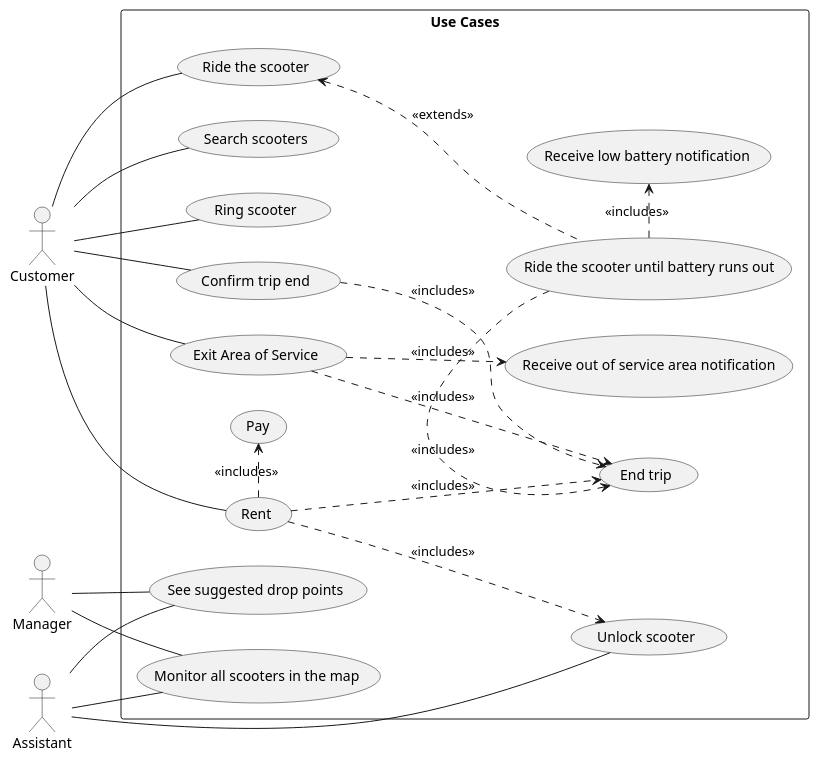
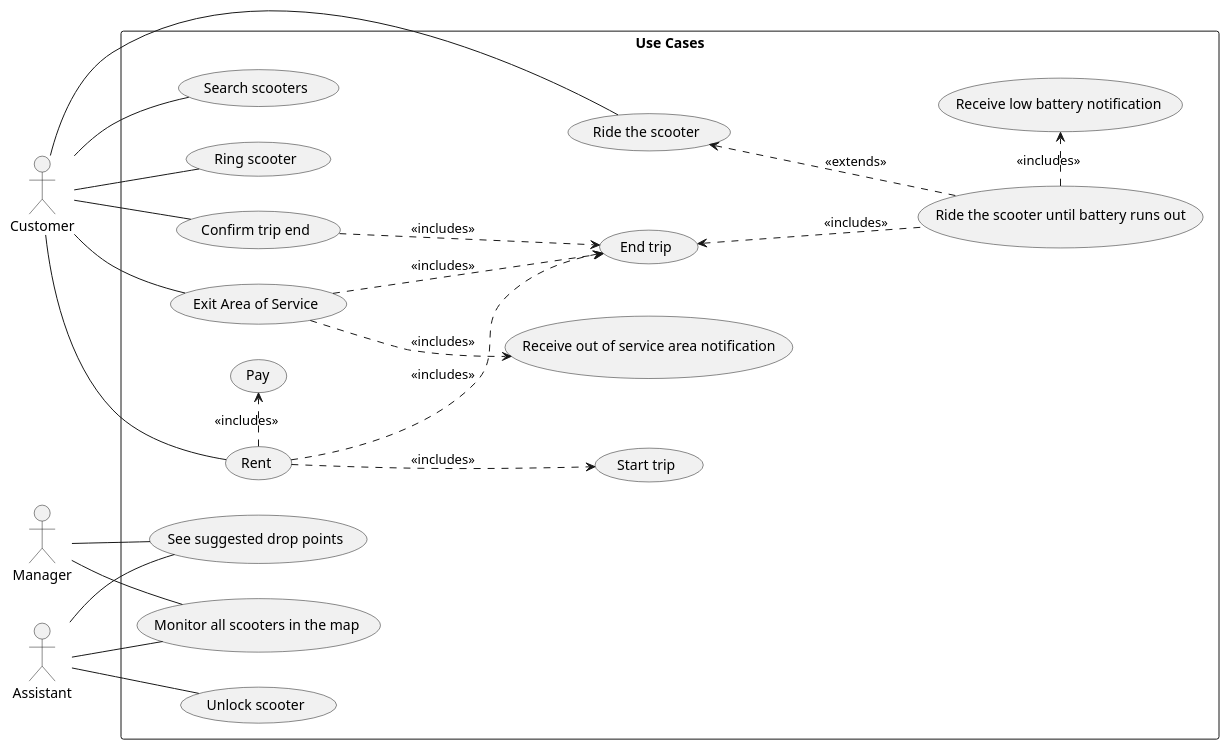
The first of 2 diagrams in Use Cases.md (e-scooter-2077/documentation), drawn with PlantUML before and after one commit. The commit also changed other lines of this file, not shown here.

Commit message:
Add activity diagram for story #1

````diff
--- a/Use Cases.md
+++ b/Use Cases.md
@@ -43,47 +43,48 @@
 ```plantuml
 @startuml
 left to right direction
 actor "Customer" as c
 actor "Manager" as m
 actor "Assistant" as a
 rectangle "Use Cases" {
     usecase "Rent" as rent
     usecase "Pay" as pay
     usecase "Search scooters" as search 
     usecase "Ring scooter" as ring
     usecase "Unlock scooter" as unlock
+    usecase "Start trip" as start_trip
     usecase "Confirm trip end" as confirm_end
     usecase "End trip" as end_trip
     usecase "Exit Area of Service" as exit_area
     usecase "Ride the scooter" as ride
     usecase "Ride the scooter until battery runs out" as ride_lot
     usecase "Receive low battery notification" as battery_notification
     usecase "Receive out of service area notification" as area_notification
     usecase "Monitor all scooters in the map" as monitor
     usecase "See suggested drop points" as see_points
 
     confirm_end .down.> end_trip : <<includes>>
     exit_area .down.> end_trip : <<includes>>
     exit_area .down.> area_notification : <<includes>>
     ride_lot .up.> ride : <<extends>>
-    ride_lot .left.> end_trip : <<includes>>
-    rent .down.> unlock : <<includes>>
+    ride_lot .up.> end_trip : <<includes>>
+    rent .down.> start_trip : <<includes>>
     rent .down.> end_trip : <<includes>>
     rent .> pay : <<includes>>
     ride_lot .> battery_notification : <<includes>>
 }
 c -- search
 c -- ring
 c -- rent
 c -- confirm_end
 c -- exit_area
 c -- ride
 
 m -- monitor
 m -- see_points
 
 a -- monitor
 a -- see_points
 a -- unlock
 @enduml
 ```
````
